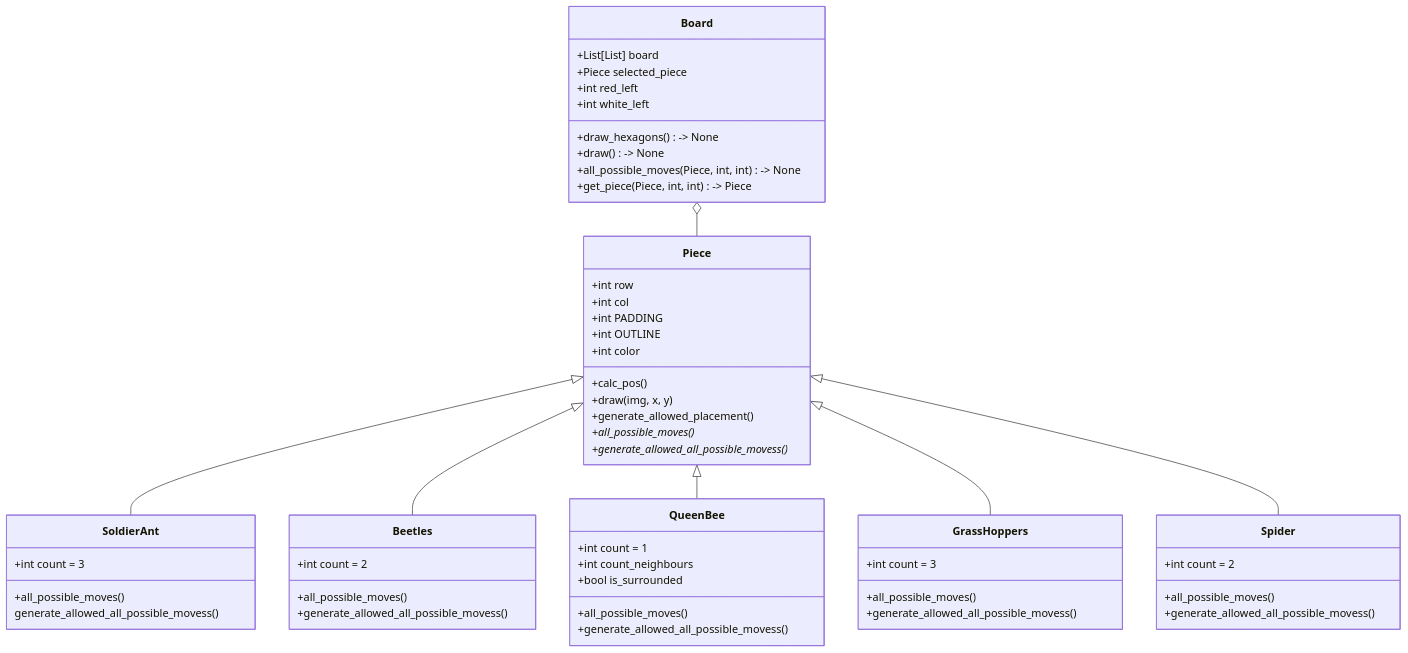
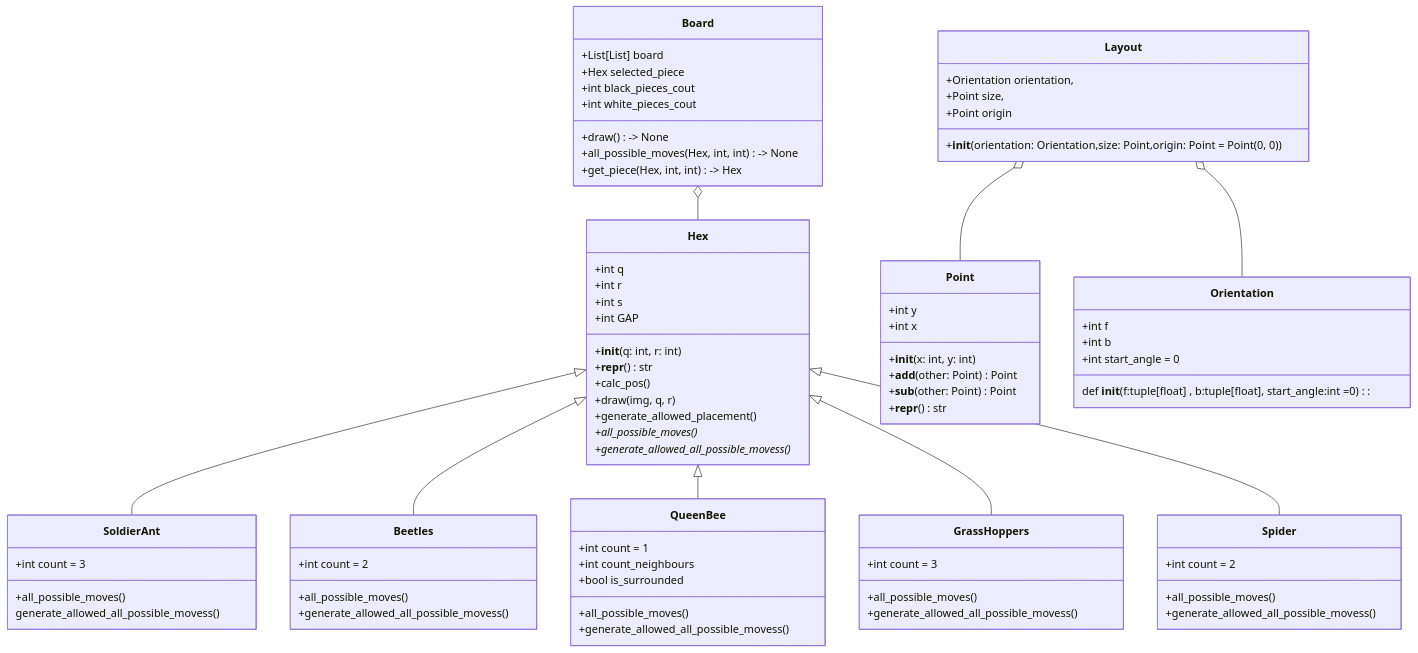
The diagram in Classes.md (omaremadd/Hive-Game), drawn with Mermaid before and after one commit. The commit also changed 3 other files, not shown here.

````diff
--- a/Classes.md
+++ b/Classes.md
@@ -3,24 +3,51 @@
 ```mermaid
 classDiagram
     Board: +List[List] board
-    Board: +Piece selected_piece
-    Board: +int red_left
-    Board: +int white_left
-    Board: +draw_hexagons()-> None
+    Board: +Hex selected_piece
+    Board: +int black_pieces_cout
+    Board: +int white_pieces_cout
     Board: +draw()-> None
-    Board: +all_possible_moves(Piece, int, int)-> None
-    Board: +get_piece(Piece, int, int)-> Piece
+    Board: +all_possible_moves(Hex, int, int)-> None
+    Board: +get_piece(Hex, int, int)-> Hex
 
-    Piece: +int row
-    Piece: +int col
-    Piece: +int PADDING
-    Piece: +int OUTLINE
-    Piece: +int color
-    Piece: +calc_pos()
-    Piece: +draw(img, x, y)
-    Piece: +generate_allowed_placement()
-    Piece: +all_possible_moves()*
-    Piece: +generate_allowed_all_possible_movess()*
+
+    class Orientation{
+    +int f
+    +int b
+    +int start_angle = 0
+    def __init__(f:tuple[float] , b:tuple[float], start_angle:int =0):
+    }
+    
+
+    class Hex{
+        +int q
+        +int r
+        +int s
+        +int GAP
+        +__init__(q: int, r: int)
+        +__repr__() str
+        +calc_pos()
+        +draw(img, q, r)
+        +generate_allowed_placement()
+        +all_possible_moves()*
+        +generate_allowed_all_possible_movess()*
+    }
+
+    class Point {
+        +int y
+        +int x
+        +__init__(x: int, y: int)
+        +__add__(other: Point) Point
+        +__sub__(other: Point) Point
+        +__repr__() str
+    }
+    class Layout{
+        +Orientation orientation,
+        +Point size,
+        +Point origin
+        +__init__(orientation: Orientation,size: Point,origin: Point = Point(0, 0))
+    }
+
 
     class SoldierAnt{
         +int count = 3
@@ -44,17 +71,20 @@
         +all_possible_moves()
         +generate_allowed_all_possible_movess()
     }
-        class Spider{
+    class Spider{
         +int count = 2
         +all_possible_moves()
         +generate_allowed_all_possible_movess()
     }
 
-    Board o-- Piece
-    Piece <|-- SoldierAnt
-    Piece <|-- Beetles
-    Piece <|-- QueenBee
-    Piece <|-- GrassHoppers
-    Piece <|-- Spider
+
+    Layout o-- Point
+    Layout o-- Orientation
+    Board o-- Hex
+    Hex <|-- SoldierAnt
+    Hex <|-- Beetles
+    Hex <|-- QueenBee
+    Hex <|-- GrassHoppers
+    Hex <|-- Spider
 
 ```
````
